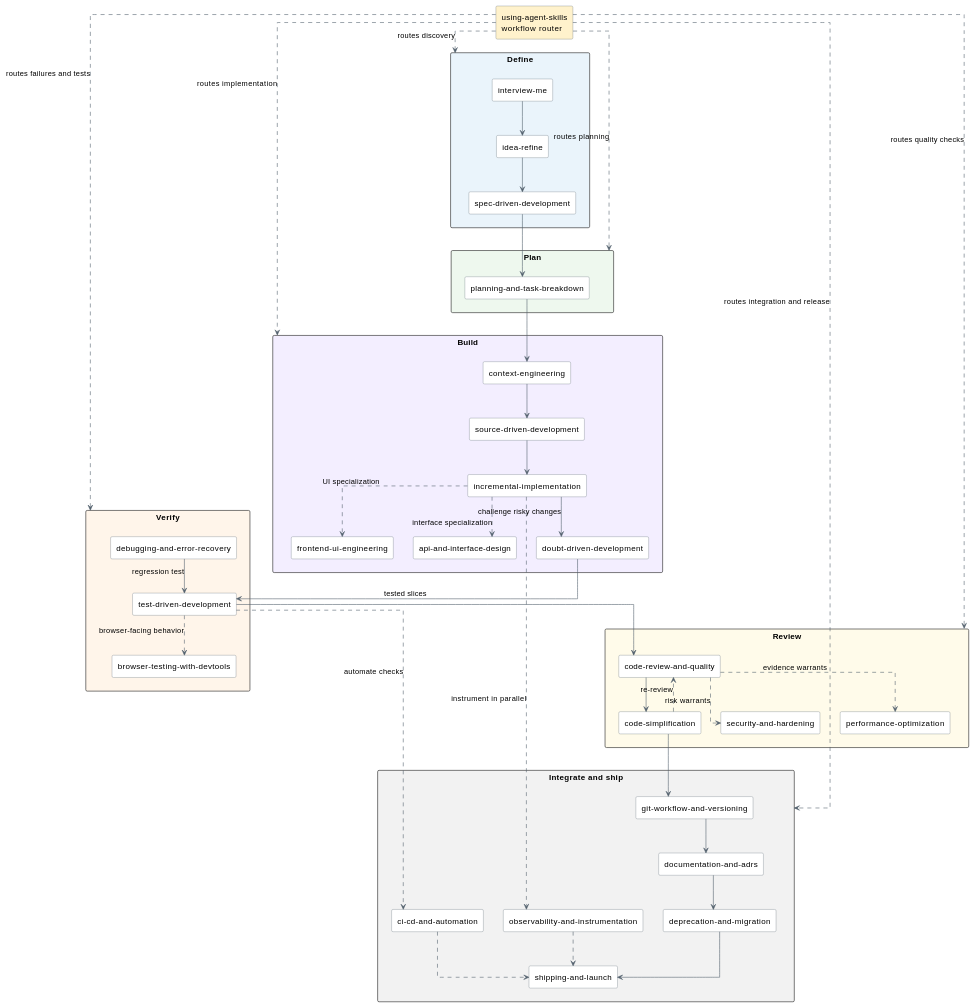
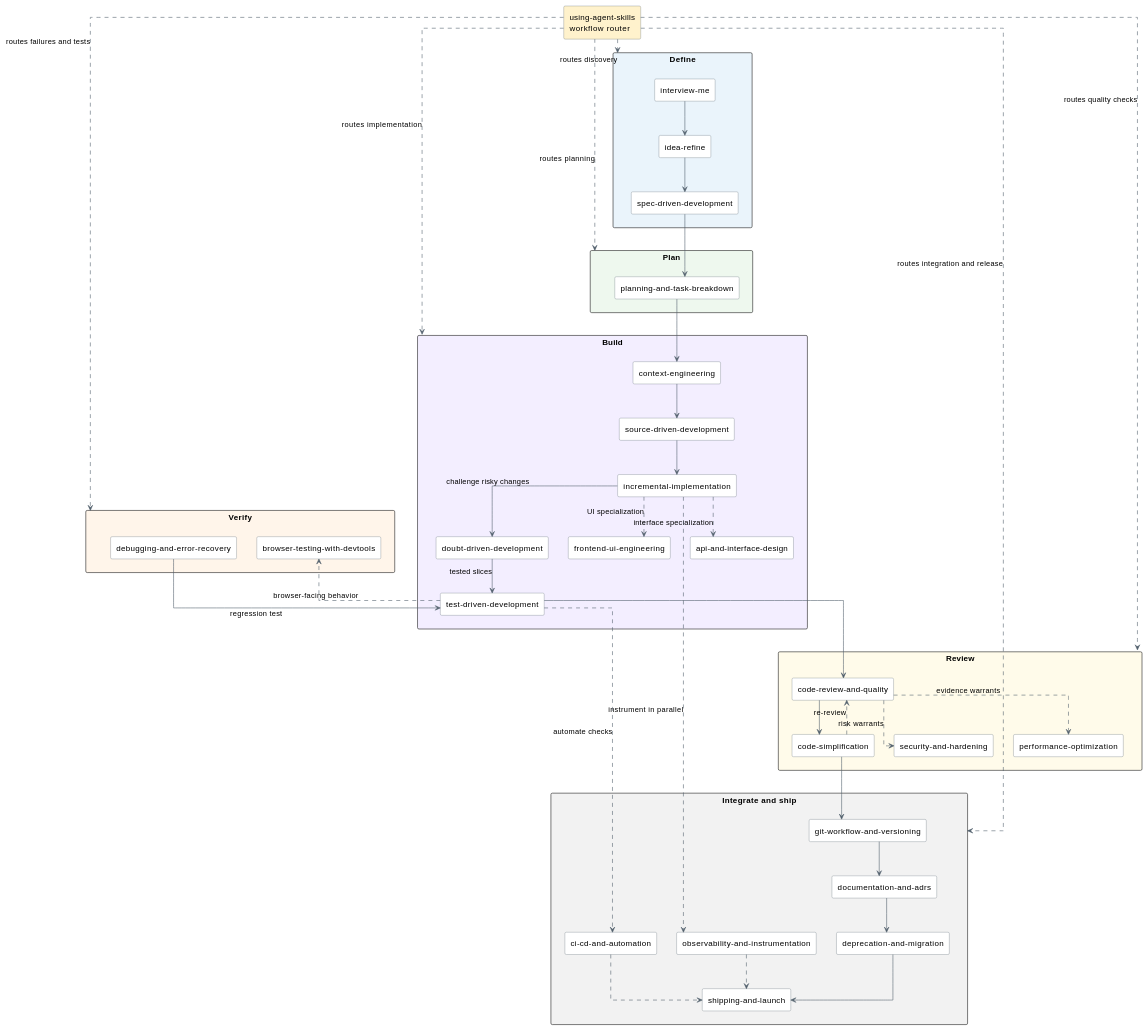
One commit to sirius-cc-wu/sirius-skills changed the fourth of 6 diagrams in catalog/agent-skill-repository-structures.md. Above: the diagram before and after it, drawn with PlantUML. The commit also changed other lines of this file, not shown here.

Commit message:
docs: classify TDD as a build skill

```diff
--- a/catalog/agent-skill-repository-structures.md
+++ b/catalog/agent-skill-repository-structures.md
@@ -371,6 +371,7 @@
 
 package "Build" as addyBuild #F3EEFF {
   component "incremental-implementation" as addyIncremental
+  component "test-driven-development" as addyTdd
   component "context-engineering" as addyContext
   component "source-driven-development" as addySource
   component "doubt-driven-development" as addyDoubt
@@ -379,7 +380,6 @@
 }
 
 package "Verify" as addyVerify #FFF5EA {
-  component "test-driven-development" as addyTdd
   component "browser-testing-with-devtools" as addyBrowser
   component "debugging-and-error-recovery" as addyDebug
 }
```
